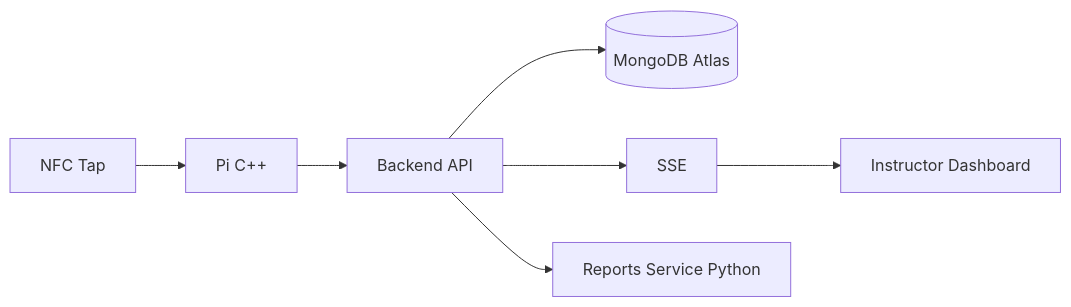
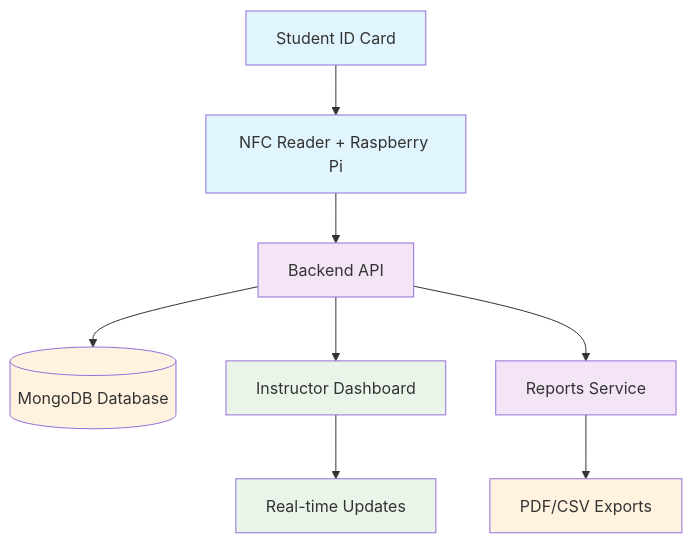
Before and after one commit to aeyvmor/NFCAttendance: the second of 2 diagrams in README.md, drawn with Mermaid. The commit also changed other lines of this file and 1 other file, not shown here.

````diff
--- a/README.md
+++ b/README.md
@@ -798,9 +137,20 @@
 ```mermaid
-graph LR
-A[NFC Tap]-->B[Pi C++]
-B-->C[Backend API]
-C-->D[(MongoDB Atlas)]
-C-->E[SSE]
-E-->F[Instructor Dashboard]
-C-->G[Reports Service Python]
+graph TB
+    A[Student ID Card] --> B[NFC Reader + Raspberry Pi]
+    B --> C[Backend API]
+    C --> D[(MongoDB Database)]
+    C --> E[Instructor Dashboard]
+    C --> F[Reports Service]
+    E --> G[Real-time Updates]
+    F --> H[PDF/CSV Exports]
+    
+    classDef hardware fill:#e1f5fe
+    classDef backend fill:#f3e5f5  
+    classDef frontend fill:#e8f5e8
+    classDef data fill:#fff3e0
+    
+    class A,B hardware
+    class C,F backend
+    class E,G frontend
+    class D,H data
 ```
````
